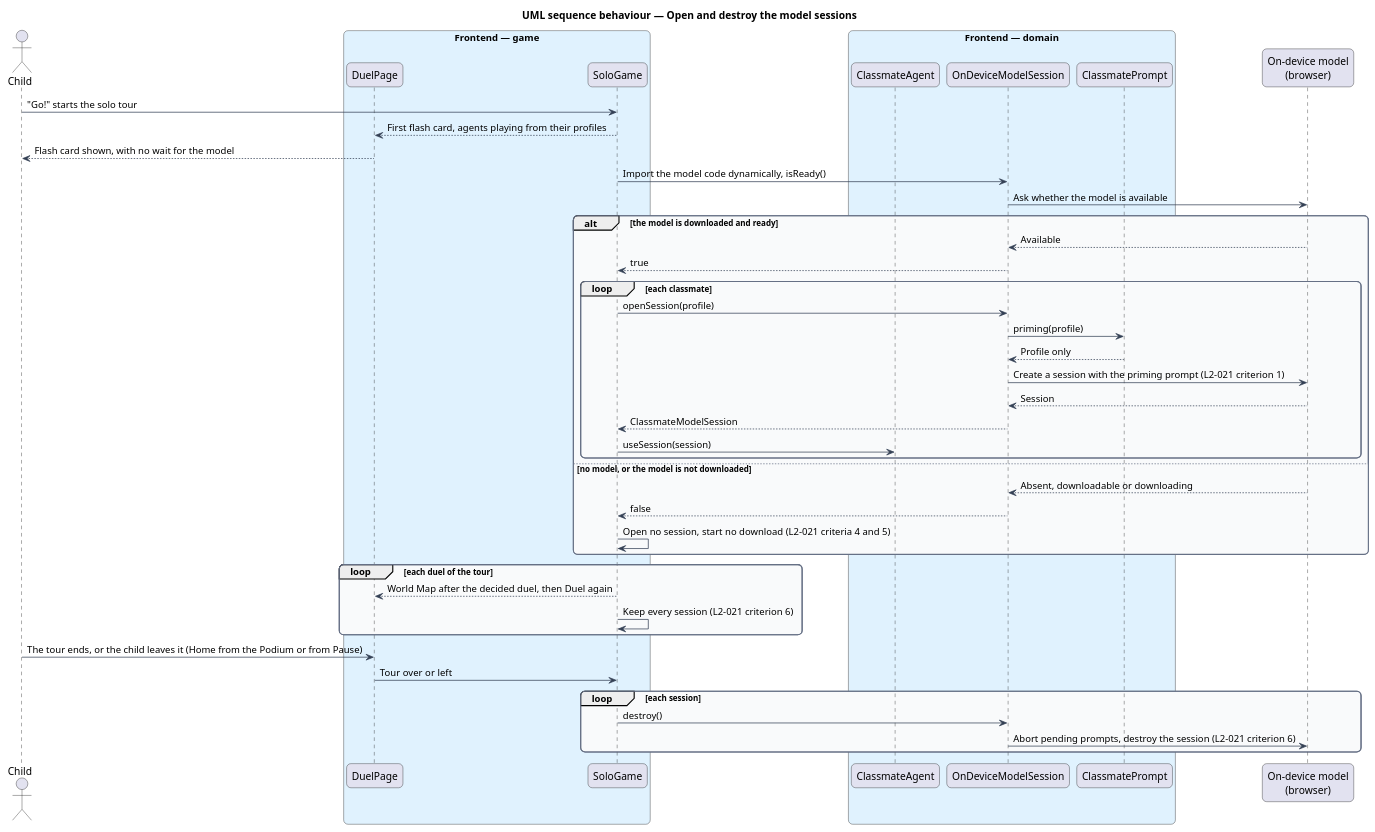
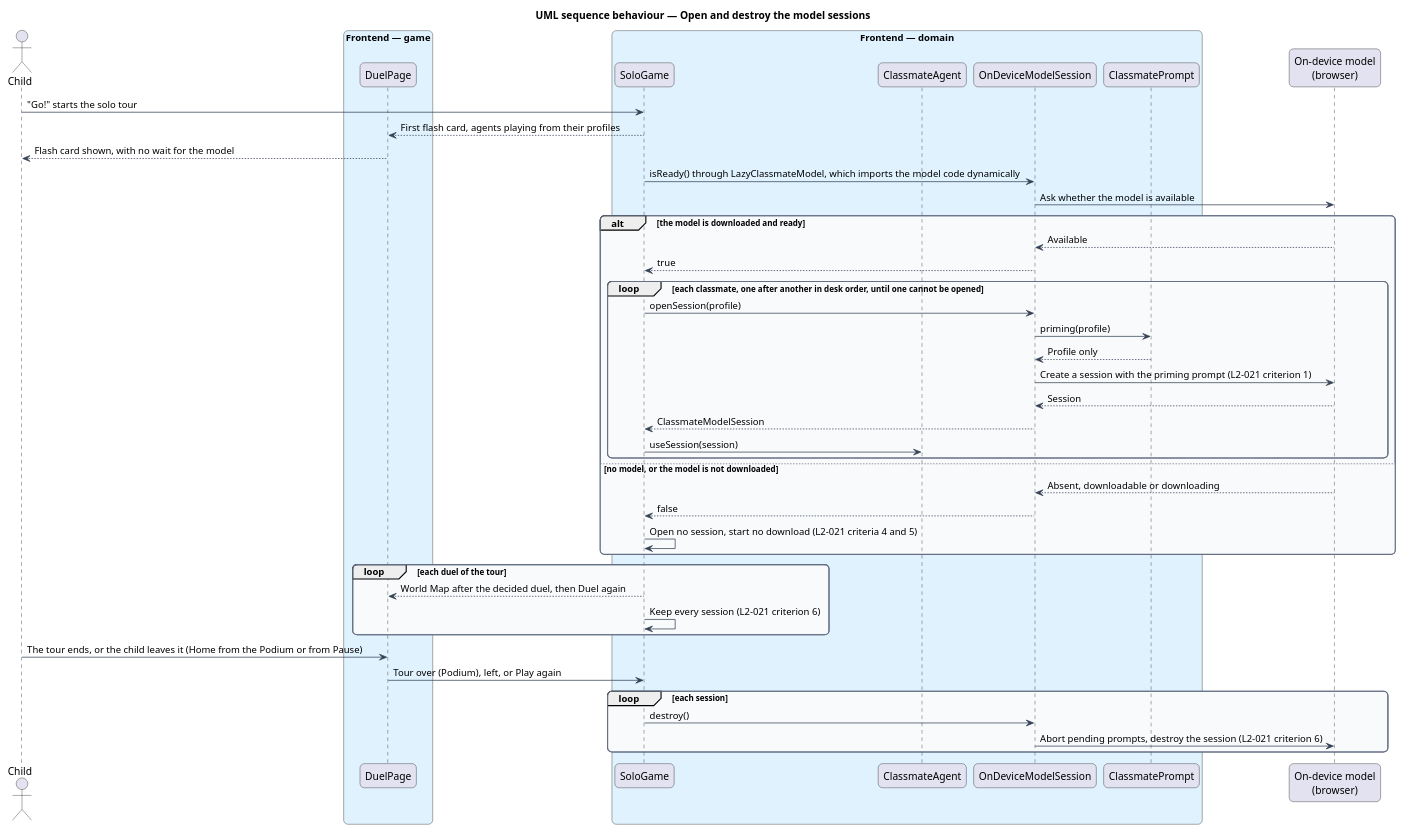
Before and after one commit to QuinntyneBrown/around-the-world: the diagram in docs/detailed-designs/classmates/drive-classmates-with-model/diagrams/sequence-open-and-destroy-sessions.puml, drawn with PlantUML. The commit also changed 13 other files, not shown here.

```diff
--- a/docs/detailed-designs/classmates/drive-classmates-with-model/diagrams/sequence-open-and-destroy-sessions.puml
+++ b/docs/detailed-designs/classmates/drive-classmates-with-model/diagrams/sequence-open-and-destroy-sessions.puml
@@ -1,60 +1,60 @@
 @startuml
 title UML sequence behaviour — Open and destroy the model sessions
 skinparam backgroundColor #FFFFFF
 skinparam shadowing false
 skinparam roundcorner 12
 skinparam defaultFontName Arial
 skinparam ArrowColor #344054
 skinparam rectangle {
   BorderColor #344054
   FontColor #101828
 }
 skinparam package {
   BorderColor #667085
   FontColor #101828
   BackgroundColor #F9FAFB
 }
 actor "Child" as actor
 box "Frontend — game" #E0F2FE
   participant "DuelPage" as page
-  participant "SoloGame" as solo
 end box
 box "Frontend — domain" #E0F2FE
+  participant "SoloGame" as solo
   participant "ClassmateAgent" as agent
   participant "OnDeviceModelSession" as session
   participant "ClassmatePrompt" as prompt
 end box
 participant "On-device model\n(browser)" as model
 actor -> solo : "Go!" starts the solo tour
 solo --> page : First flash card, agents playing from their profiles
 page --> actor : Flash card shown, with no wait for the model
-solo -> session : Import the model code dynamically, isReady()
+solo -> session : isReady() through LazyClassmateModel, which imports the model code dynamically
 session -> model : Ask whether the model is available
 alt the model is downloaded and ready
   model --> session : Available
   session --> solo : true
-  loop each classmate
+  loop each classmate, one after another in desk order, until one cannot be opened
     solo -> session : openSession(profile)
     session -> prompt : priming(profile)
     prompt --> session : Profile only
     session -> model : Create a session with the priming prompt (L2-021 criterion 1)
     model --> session : Session
     session --> solo : ClassmateModelSession
     solo -> agent : useSession(session)
   end
 else no model, or the model is not downloaded
   model --> session : Absent, downloadable or downloading
   session --> solo : false
   solo -> solo : Open no session, start no download (L2-021 criteria 4 and 5)
 end
 loop each duel of the tour
   solo --> page : World Map after the decided duel, then Duel again
   solo -> solo : Keep every session (L2-021 criterion 6)
 end
 actor -> page : The tour ends, or the child leaves it (Home from the Podium or from Pause)
-page -> solo : Tour over or left
+page -> solo : Tour over (Podium), left, or Play again
 loop each session
   solo -> session : destroy()
   session -> model : Abort pending prompts, destroy the session (L2-021 criterion 6)
 end
 @enduml
```
